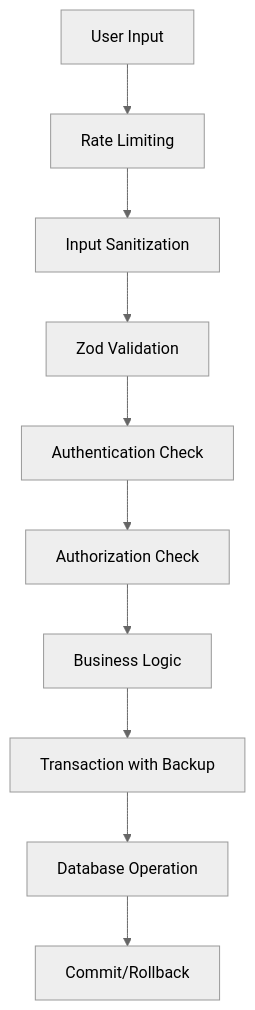
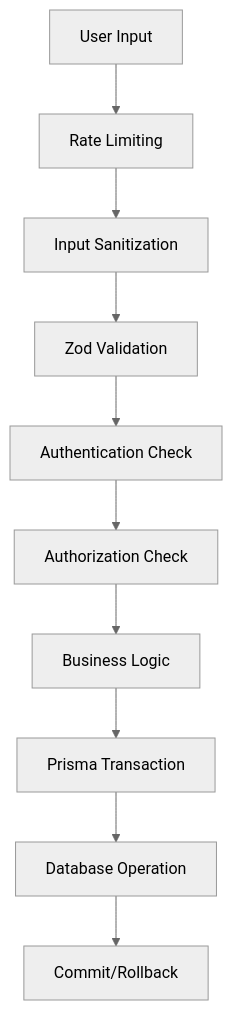
Diagram 17 of 17 in doc/architecture.md (UziB26/leagueladder), drawn with Mermaid (neutral theme) before and after one commit. The commit also changed other lines of this file and 7 other files, not shown here.

````diff
--- a/doc/architecture.md
+++ b/doc/architecture.md
@@ -753,12 +917,12 @@
 ```mermaid
 graph TB
     A[User Input] --> B[Rate Limiting]
     B --> C[Input Sanitization]
     C --> D[Zod Validation]
     D --> E[Authentication Check]
     E --> F[Authorization Check]
     F --> G[Business Logic]
-    G --> H[Transaction with Backup]
+    G --> H[Prisma Transaction]
     H --> I[Database Operation]
     I --> J[Commit/Rollback]
 ```
````
